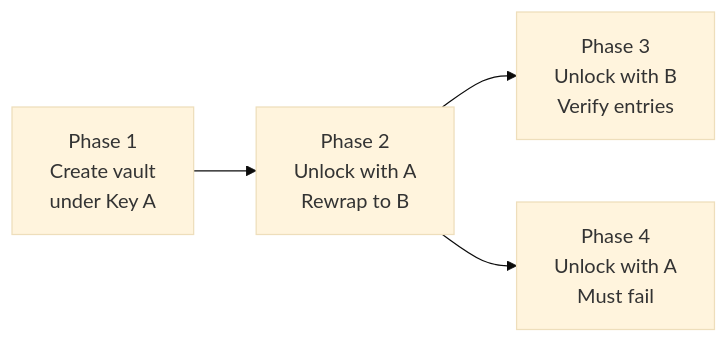
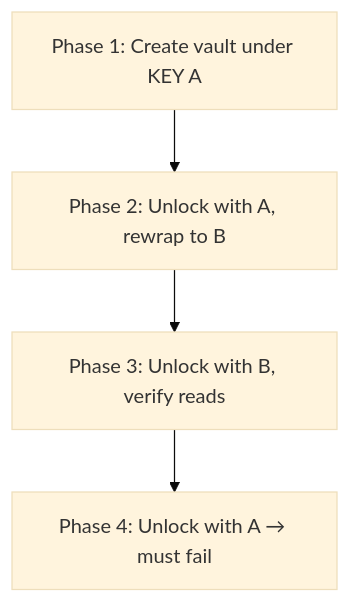
The diagram in other-librefang-cli-tests.md (leszek3737/librefang-WIki), drawn with Mermaid (base theme) before and after one commit. The commit also changed other lines of this file and 126 other files, not shown here.

````diff
--- a/other-librefang-cli-tests.md
+++ b/other-librefang-cli-tests.md
@@ -54,6 +43,6 @@
 ```mermaid
-flowchart LR
-    A["Phase 1<br/>Create vault<br/>under Key A"] --> B["Phase 2<br/>Unlock with A<br/>Rewrap to B"]
-    B --> C["Phase 3<br/>Unlock with B<br/>Verify entries"]
-    B --> D["Phase 4<br/>Unlock with A<br/>Must fail"]
+flowchart TD
+    A["Phase 1: Create vault under KEY A"] --> B["Phase 2: Unlock with A, rewrap to B"]
+    B --> C["Phase 3: Unlock with B, verify reads"]
+    C --> D["Phase 4: Unlock with A → must fail"]
 ```
````
